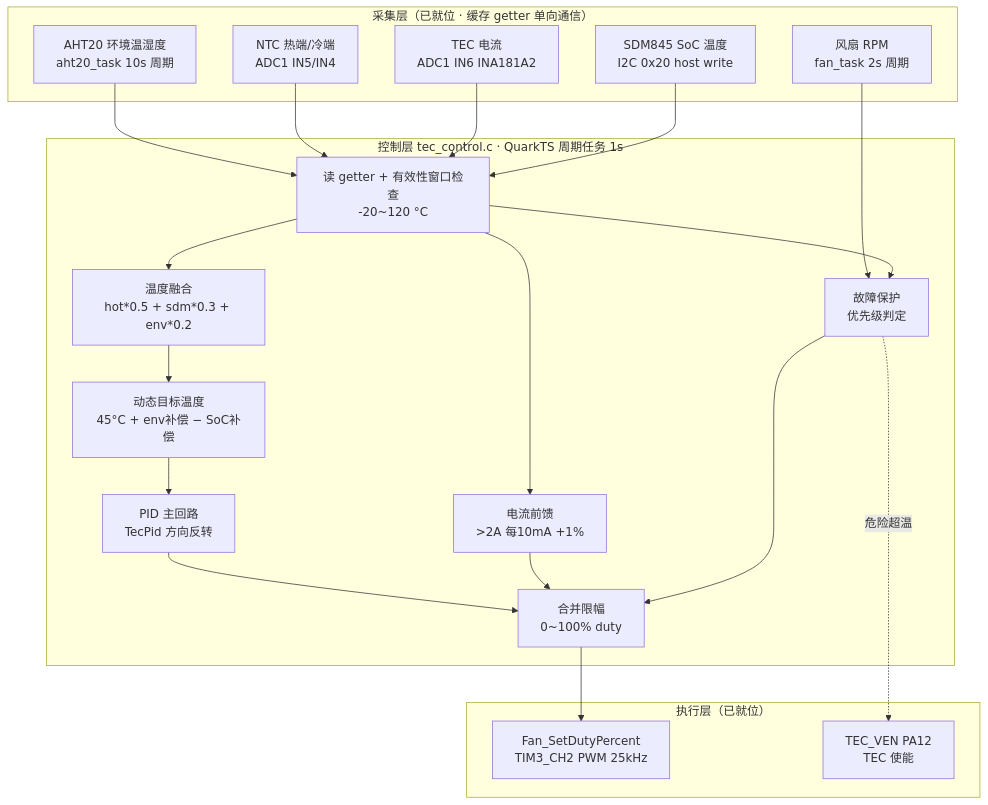
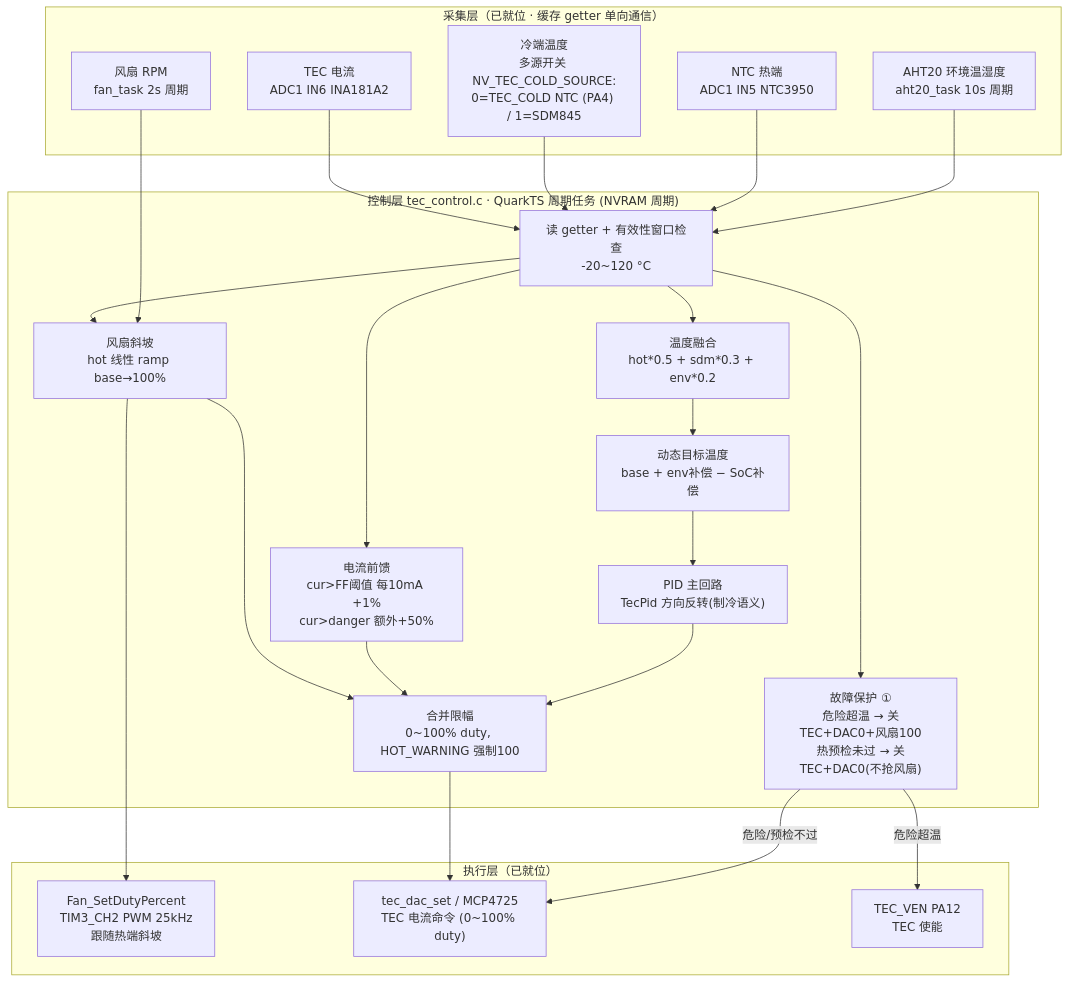
The sixth of 10 diagrams in WORKLOG.md (Vkd4U2NtVkZOVg/py32_control), drawn with Mermaid before and after one commit. The commit also changed other lines of this file, not shown here.

First line of the commit message:
docs(worklog): prune stale state-machine diagrams, add probe + TEC refresh

````diff
--- a/WORKLOG.md
+++ b/WORKLOG.md
@@ -1526,37 +1244,42 @@
 ```mermaid
 flowchart TB
     subgraph ACQ["采集层（已就位 · 缓存 getter 单向通信）"]
         A1["AHT20 环境温湿度<br/>aht20_task 10s 周期"]
-        A2["NTC 热端/冷端<br/>ADC1 IN5/IN4"]
-        A3["TEC 电流<br/>ADC1 IN6 INA181A2"]
-        A4["风扇 RPM<br/>fan_task 2s 周期"]
-        A5["SDM845 SoC 温度<br/>I2C 0x20 host write"]
+        A2["NTC 热端<br/>ADC1 IN5 NTC3950"]
+        A3["冷端温度<br/>多源开关 NV_TEC_COLD_SOURCE:<br/>0=TEC_COLD NTC (PA4) / 1=SDM845"]
+        A4["TEC 电流<br/>ADC1 IN6 INA181A2"]
+        A5["风扇 RPM<br/>fan_task 2s 周期"]
     end
 
-    subgraph CTRL["控制层 tec_control.c · QuarkTS 周期任务 1s"]
+    subgraph CTRL["控制层 tec_control.c · QuarkTS 周期任务 (NVRAM 周期)"]
         C1["读 getter + 有效性窗口检查<br/>-20~120 °C"]
         C2["温度融合<br/>hot*0.5 + sdm*0.3 + env*0.2"]
-        C3["动态目标温度<br/>45°C + env补偿 − SoC补偿"]
-        C4["PID 主回路<br/>TecPid 方向反转"]
-        C5["电流前馈<br/>>2A 每10mA +1%"]
-        C6["故障保护<br/>优先级判定"]
-        C7["合并限幅<br/>0~100% duty"]
+        C3["动态目标温度<br/>base + env补偿 − SoC补偿"]
+        C4["故障保护 ①<br/>危险超温 → 关TEC+DAC0+风扇100<br/>热预检未过 → 关TEC+DAC0(不抢风扇)"]
+        C5["PID 主回路<br/>TecPid 方向反转(制冷语义)"]
+        C6["电流前馈<br/>cur>FF阈值 每10mA +1%<br/>cur>danger 额外+50%"]
+        C7["合并限幅<br/>0~100% duty, HOT_WARNING 强制100"]
+        C8["风扇斜坡<br/>hot 线性 ramp base→100%"]
     end
 
     subgraph ACT["执行层（已就位）"]
-        D1["Fan_SetDutyPercent<br/>TIM3_CH2 PWM 25kHz"]
-        D2["TEC_VEN PA12<br/>TEC 使能"]
+        D1["Fan_SetDutyPercent<br/>TIM3_CH2 PWM 25kHz<br/>跟随热端斜坡"]
+        D2["tec_dac_set / MCP4725<br/>TEC 电流命令 (0~100% duty)"]
+        D3["TEC_VEN PA12<br/>TEC 使能"]
     end
 
     A1 --> C1
     A2 --> C1
     A3 --> C1
-    A4 --> C6
-    A5 --> C1
-    C1 --> C2 --> C3 --> C4 --> C7
-    C1 --> C5 --> C7
-    C1 --> C6
-    C6 -.->|危险超温| D2
-    C6 --> C7
-    C7 --> D1
+    A4 --> C1
+    A5 --> C8
+    C1 --> C2 --> C3 --> C5 --> C7
+    C1 --> C4
+    C4 -->|危险/预检不过| D2
+    C4 -->|危险超温| D3
+    C1 --> C6 --> C7
+    C1 --> C8
+    C7 --> D2
+    C8 --> D1
+    C8 --> C7
 ```
````
